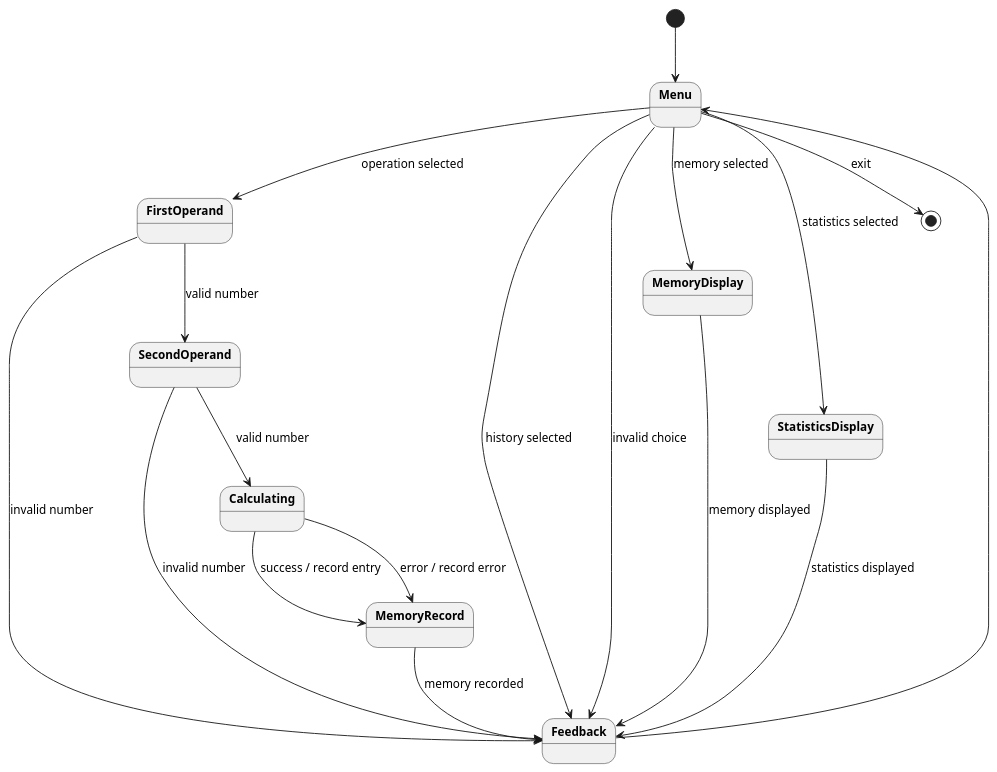
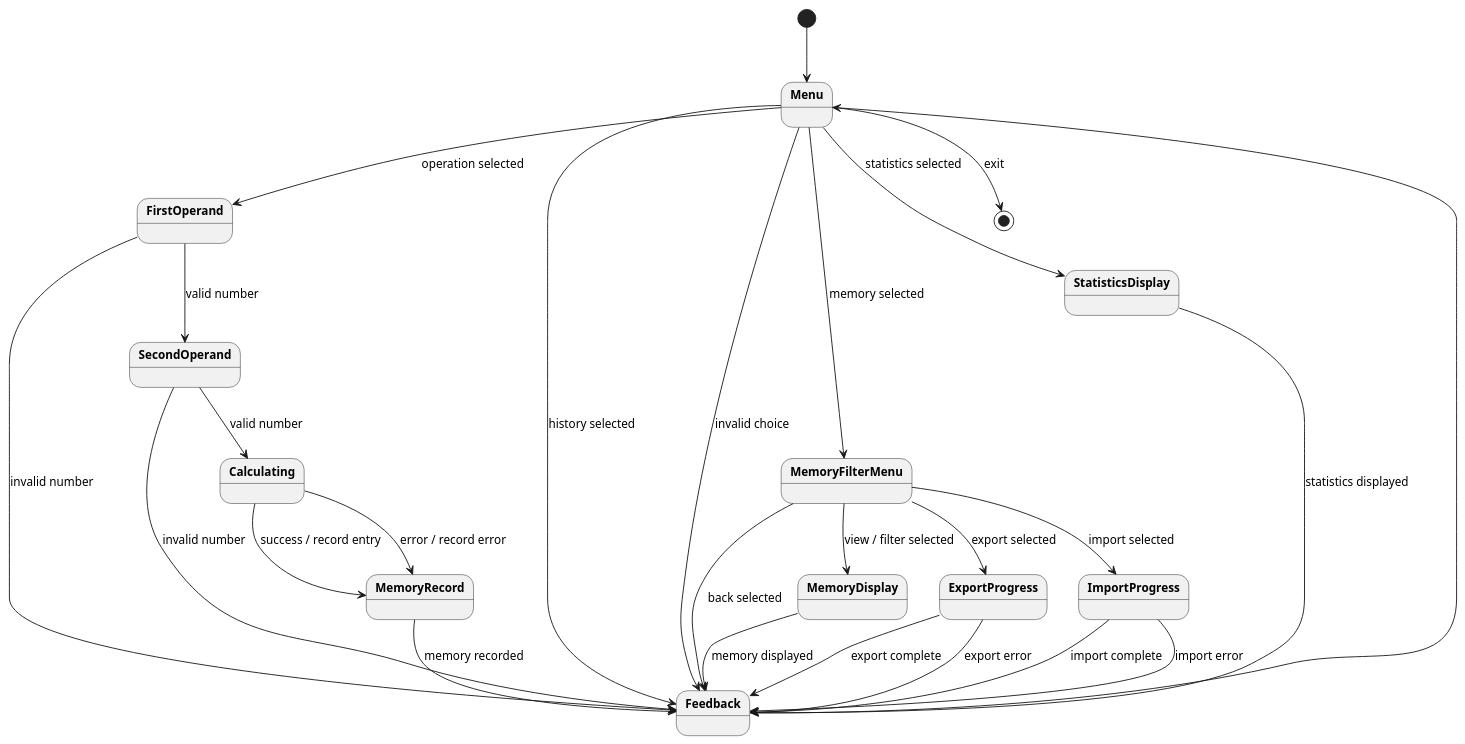
Before and after one commit to DanielRiha8906/Software_autoevolution_using_agents: the diagram in experiments/supervisor_as_tools/user_stories/calculator/artifacts/state_diagram_interactive.puml, drawn with PlantUML. The commit also changed 10 other files, not shown here.

First line of the commit message:
task 07 | supervisor_as_tools / user_stories / calculator | export/import history to JSON

```diff
--- a/experiments/supervisor_as_tools/user_stories/calculator/artifacts/state_diagram_interactive.puml
+++ b/experiments/supervisor_as_tools/user_stories/calculator/artifacts/state_diagram_interactive.puml
@@ -1,34 +1,45 @@
 @startuml
 
 skinparam defaultFontSize 13
 skinparam stateFontStyle bold
 
 top to bottom direction
 
 [*] --> Menu
 
 Menu --> FirstOperand : operation selected
 Menu --> Feedback : history selected
-Menu --> MemoryDisplay : memory selected
+Menu --> MemoryFilterMenu : memory selected
 Menu --> StatisticsDisplay : statistics selected
 Menu --> Feedback : invalid choice
 Menu --> [*] : exit
 
 FirstOperand --> SecondOperand : valid number
 FirstOperand --> Feedback : invalid number
 
 SecondOperand --> Calculating : valid number
 SecondOperand --> Feedback : invalid number
 
 Calculating --> MemoryRecord : success / record entry
 Calculating --> MemoryRecord : error / record error
 
 MemoryRecord --> Feedback : memory recorded
 
+MemoryFilterMenu --> MemoryDisplay : view / filter selected
+MemoryFilterMenu --> ExportProgress : export selected
+MemoryFilterMenu --> ImportProgress : import selected
+MemoryFilterMenu --> Feedback : back selected
+
 MemoryDisplay --> Feedback : memory displayed
+
+ExportProgress --> Feedback : export complete
+ExportProgress --> Feedback : export error
+
+ImportProgress --> Feedback : import complete
+ImportProgress --> Feedback : import error
 
 StatisticsDisplay --> Feedback : statistics displayed
 
 Feedback --> Menu
 
 @enduml
```
